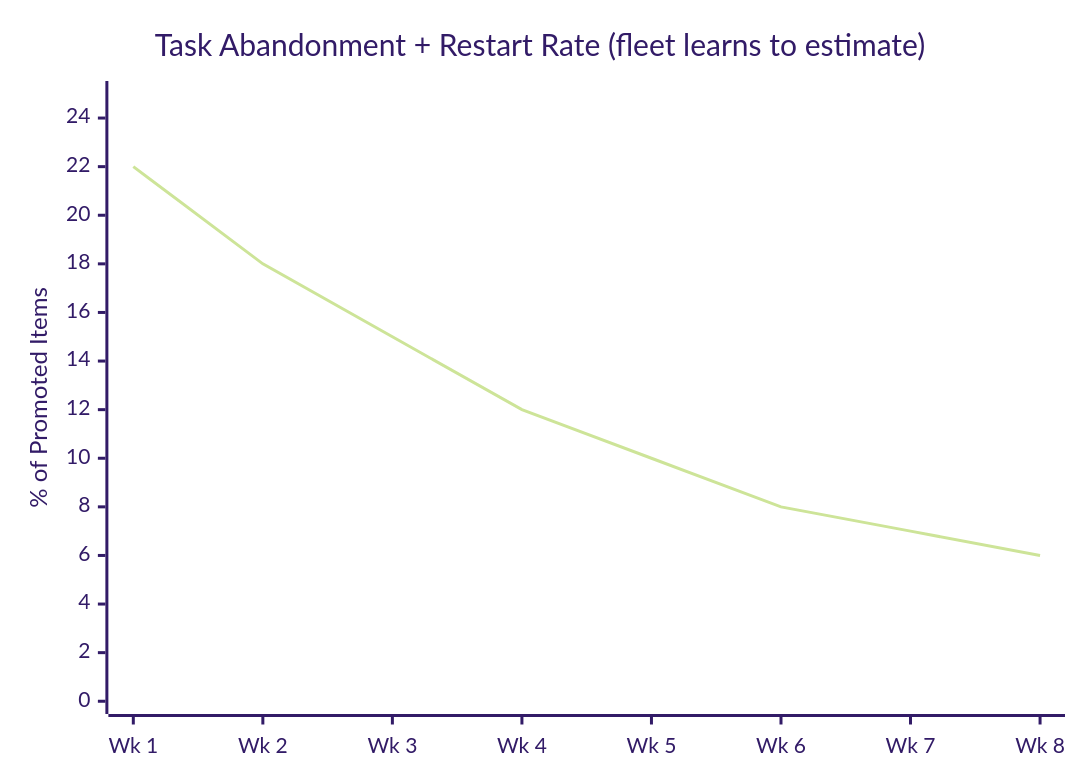
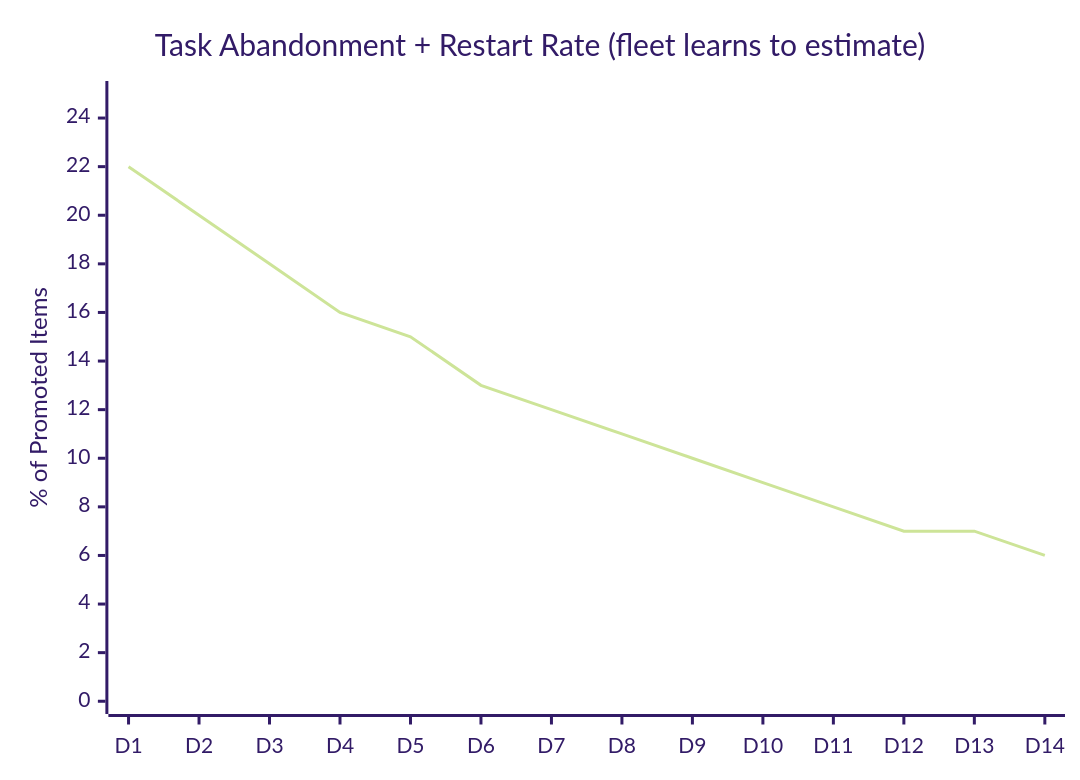
One commit to rdunie/venutian-antfarm changed diagram 11 of 15 in docs/METRICS-GUIDE.md. Above: the diagram before and after it, drawn with Mermaid (forest theme). The commit also changed other lines of this file, not shown here.

````diff
--- a/docs/METRICS-GUIDE.md
+++ b/docs/METRICS-GUIDE.md
@@ -426,7 +426,7 @@
 ```mermaid
 xychart-beta
     title "Task Abandonment + Restart Rate (fleet learns to estimate)"
-    x-axis ["Wk 1", "Wk 2", "Wk 3", "Wk 4", "Wk 5", "Wk 6", "Wk 7", "Wk 8"]
+    x-axis ["D1", "D2", "D3", "D4", "D5", "D6", "D7", "D8", "D9", "D10", "D11", "D12", "D13", "D14"]
     y-axis "% of Promoted Items" 0 --> 25
-    line [22, 18, 15, 12, 10, 8, 7, 6]
+    line [22, 20, 18, 16, 15, 13, 12, 11, 10, 9, 8, 7, 7, 6]
 ```
````
